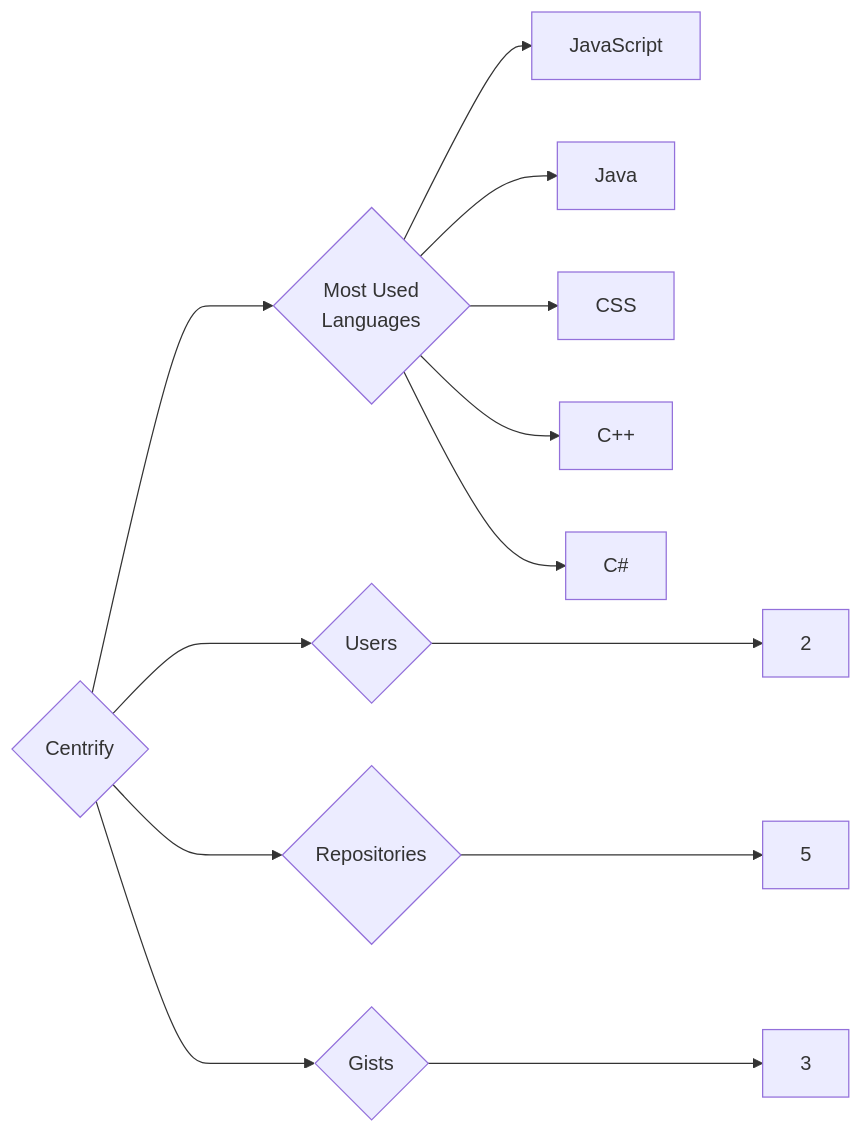
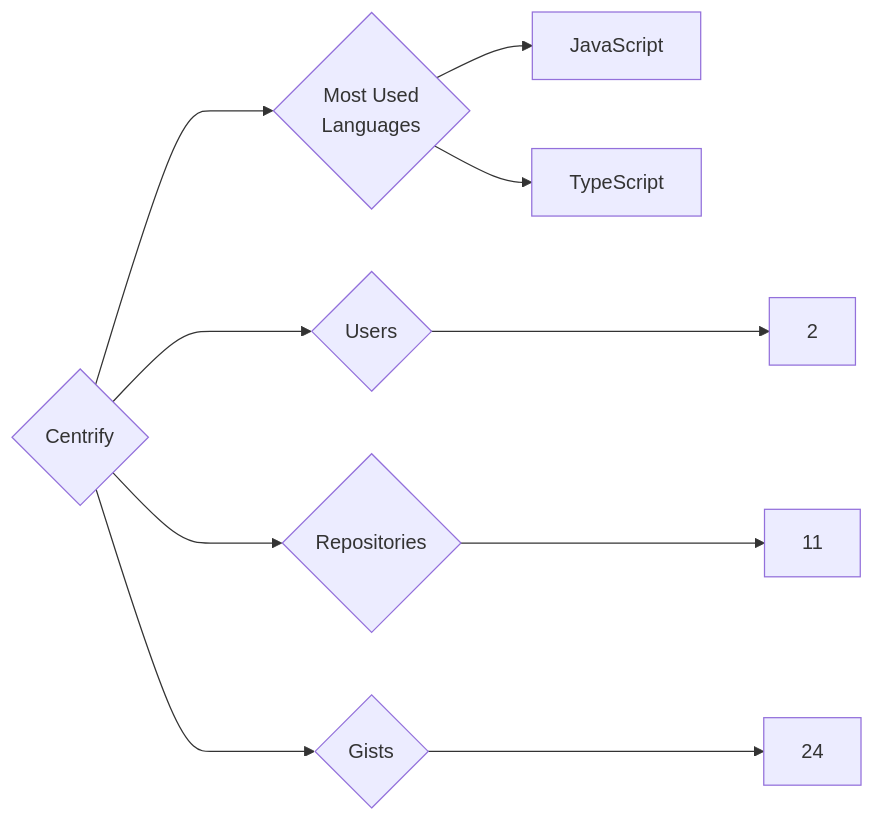
Before and after one commit to trickest/insiders: the diagram in targets/Centrify/README.md, drawn with Mermaid. The commit also changed 775 other files, not shown here.

````diff
--- a/targets/Centrify/README.md
+++ b/targets/Centrify/README.md
@@ -3,13 +3,10 @@
 ```mermaid
 graph LR
 COMPANY_NAME{Centrify}
 COMPANY_NAME ---> U{Users} ---> UN[2]
-COMPANY_NAME ---> R{Repositories} ---> RN[5]
-COMPANY_NAME ---> G{Gists} ---> GN[3]
+COMPANY_NAME ---> R{Repositories} ---> RN[11]
+COMPANY_NAME ---> G{Gists} ---> GN[24]
 COMPANY_NAME ---> ML{Most Used<br>Languages}
 ML --> JavaScript[JavaScript]
-ML --> Java[Java]
-ML --> CSS[CSS]
-ML --> C++[C++]
-ML --> C#[C#]
+ML --> TypeScript[TypeScript]
 ```
````
